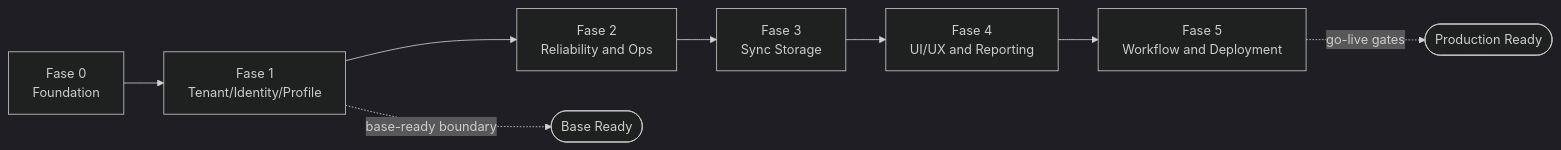
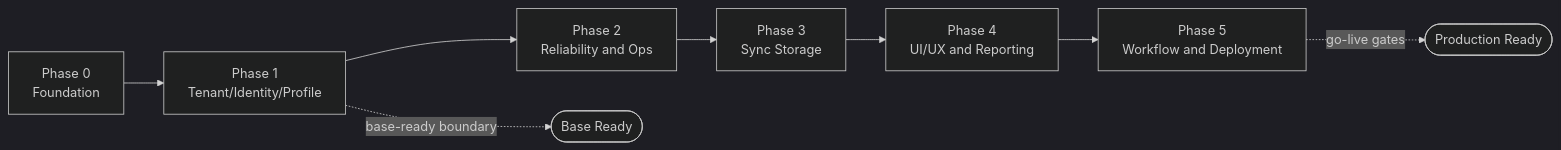
The third of 3 diagrams in docs/awcms/01_canvas_induk.md (ahliweb/awcms), drawn with Mermaid (dark theme) before and after one commit. The commit also changed other lines of this file and 603 other files, not shown here.

````diff
--- a/docs/awcms/01_canvas_induk.md
+++ b/docs/awcms/01_canvas_induk.md
@@ -115,10 +117,10 @@
 ```mermaid
 flowchart LR
-  F0[Fase 0<br/>Foundation] --> F1[Fase 1<br/>Tenant/Identity/Profile]
-  F1 --> F2[Fase 2<br/>Reliability and Ops]
-  F2 --> F3[Fase 3<br/>Sync Storage]
-  F3 --> F4[Fase 4<br/>UI/UX and Reporting]
-  F4 --> F5[Fase 5<br/>Workflow and Deployment]
+  F0[Phase 0<br/>Foundation] --> F1[Phase 1<br/>Tenant/Identity/Profile]
+  F1 --> F2[Phase 2<br/>Reliability and Ops]
+  F2 --> F3[Phase 3<br/>Sync Storage]
+  F3 --> F4[Phase 4<br/>UI/UX and Reporting]
+  F4 --> F5[Phase 5<br/>Workflow and Deployment]
   F1 -.->|base-ready boundary| MVP([Base Ready])
   F5 -.->|go-live gates| PROD([Production Ready])
 ```
````
